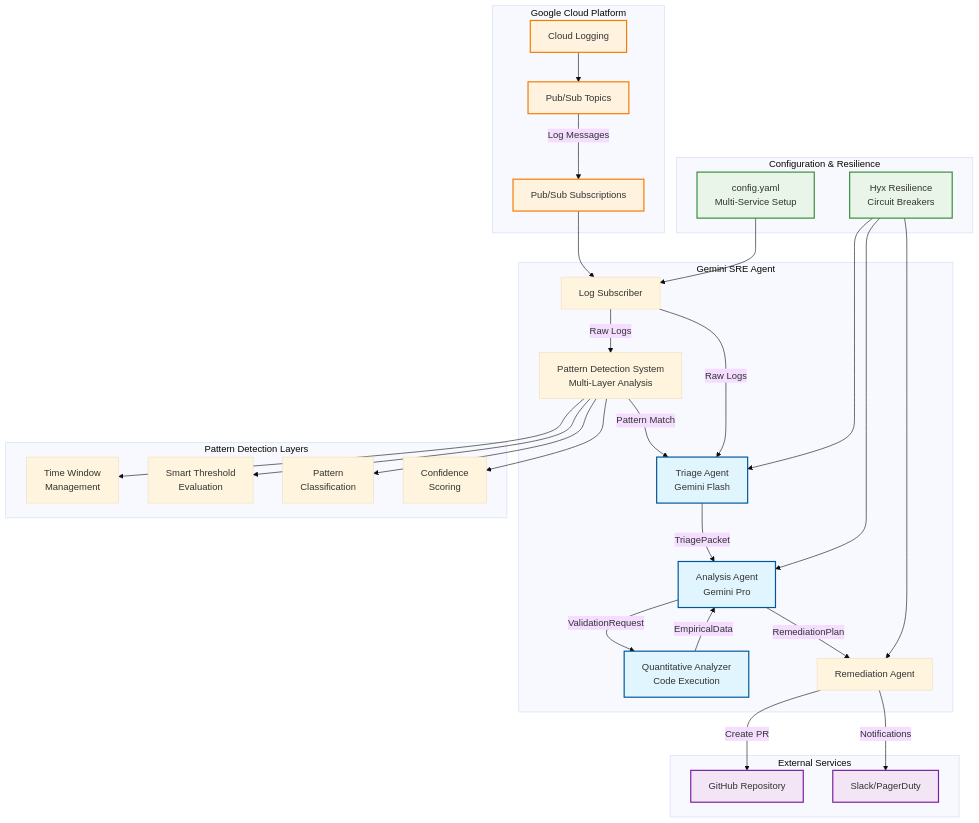
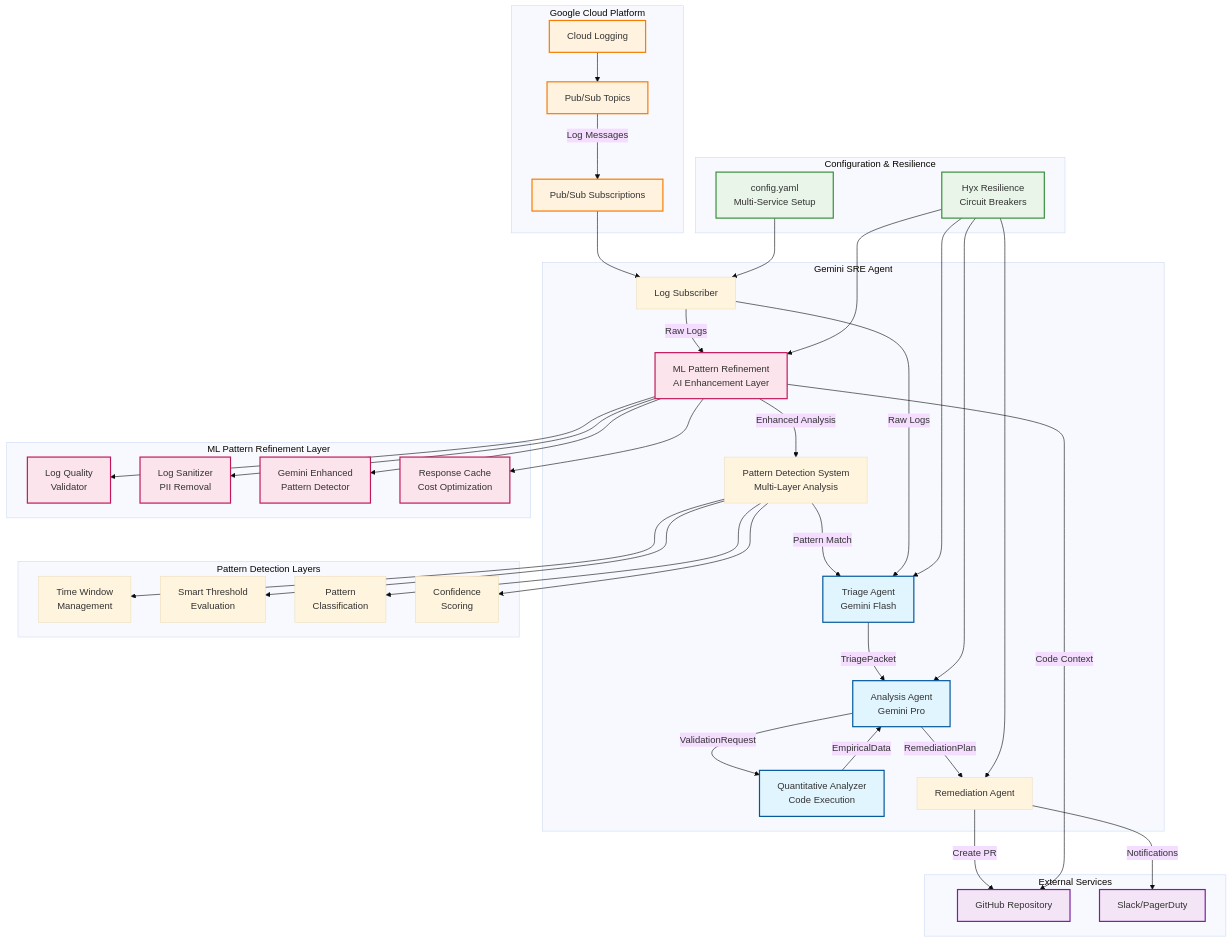
Before and after one commit to khael-kun-cmd/gemini-sre-agent: the first of 2 diagrams in README.md, drawn with Mermaid (base theme). The commit also changed other lines of this file and 42 other files, not shown here.

First line of the commit message:
feat: Implement complete Gemini ML Pattern Refinement System

````diff
--- a/README.md
+++ b/README.md
@@ -21,47 +21,59 @@
 ```mermaid
 graph TB
     subgraph "Google Cloud Platform"
         CL[Cloud Logging] --> PS[Pub/Sub Topics]
         PS --> |Log Messages| SUB[Pub/Sub Subscriptions]
     end
     
     subgraph "Gemini SRE Agent"
         SUB --> LS[Log Subscriber]
-        LS --> |Raw Logs| PD[Pattern Detection System<br/>Multi-Layer Analysis]
+        LS --> |Raw Logs| MLPR[ML Pattern Refinement<br/>AI Enhancement Layer]
+        MLPR --> |Enhanced Analysis| PD[Pattern Detection System<br/>Multi-Layer Analysis]
         PD --> |Pattern Match| TA[Triage Agent<br/>Gemini Flash]
         LS --> |Raw Logs| TA
         TA --> |TriagePacket| AA[Analysis Agent<br/>Gemini Pro]
         AA --> |ValidationRequest| QA[Quantitative Analyzer<br/>Code Execution]
         QA --> |EmpiricalData| AA
         AA --> |RemediationPlan| RA[Remediation Agent]
+    end
+    
+    subgraph "ML Pattern Refinement Layer"
+        MLPR --> LQV[Log Quality<br/>Validator]
+        MLPR --> LSan[Log Sanitizer<br/>PII Removal]
+        MLPR --> GEPD[Gemini Enhanced<br/>Pattern Detector]
+        MLPR --> GRC[Response Cache<br/>Cost Optimization]
     end
     
     subgraph "Pattern Detection Layers"
         PD --> TW[Time Window<br/>Management]
         PD --> TE[Smart Threshold<br/>Evaluation]
         PD --> PC[Pattern<br/>Classification]
         PD --> CS[Confidence<br/>Scoring]
     end
     
     subgraph "External Services"
         RA --> |Create PR| GH[GitHub Repository]
         RA --> |Notifications| SLACK[Slack/PagerDuty]
+        MLPR --> |Code Context| GH
     end
     
     subgraph "Configuration & Resilience"
         CONFIG[config.yaml<br/>Multi-Service Setup] --> LS
         RESILIENCE[Hyx Resilience<br/>Circuit Breakers] --> TA
         RESILIENCE --> AA
         RESILIENCE --> RA
+        RESILIENCE --> MLPR
     end
     
     classDef aiComponent fill:#e1f5fe,stroke:#01579b,stroke-width:2px
     classDef gcpService fill:#fff3e0,stroke:#f57c00,stroke-width:2px
     classDef external fill:#f3e5f5,stroke:#7b1fa2,stroke-width:2px
     classDef config fill:#e8f5e8,stroke:#388e3c,stroke-width:2px
+    classDef mlComponent fill:#fce4ec,stroke:#c2185b,stroke-width:2px
     
     class TA,AA,QA aiComponent
     class CL,PS,SUB gcpService
     class GH,SLACK external
     class CONFIG,RESILIENCE config
+    class MLPR,LQV,LSan,GEPD,GRC mlComponent
 ```
````
